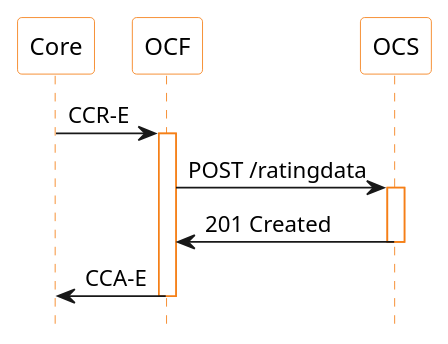
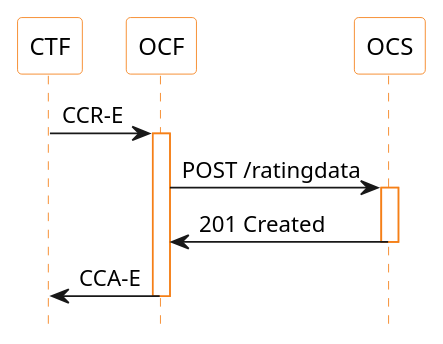
Before and after one commit to sigscale/cse: the diagram in doc/ocf-nrf-iec-msc.puml, drawn with PlantUML. The commit also changed 2 other files, not shown here.

```diff
--- a/doc/ocf-nrf-iec-msc.puml
+++ b/doc/ocf-nrf-iec-msc.puml
@@ -1,24 +1,24 @@
 @startuml
 
 skinparam shadowing false
 skinparam sequence {
 ParticipantBorderColor #f57f17
 ParticipantBackgroundColor white
 LifeLineBorderColor #f57f17
 LifeLineBackgroundColor white
 }
-participant Core as core
+participant CTF as ctf
 participant OCF as ocf
 participant OCS as ocs
 hide footbox
 
-core -> ocf : CCR-E
+ctf -> ocf : CCR-E
 activate ocf
 ocf -> ocs : POST /ratingdata
 activate ocs
 ocf <- ocs : 201 Created
 deactivate ocs
-core <- ocf : CCA-E
+ctf <- ocf : CCA-E
 deactivate ocf
 
 @enduml
```
